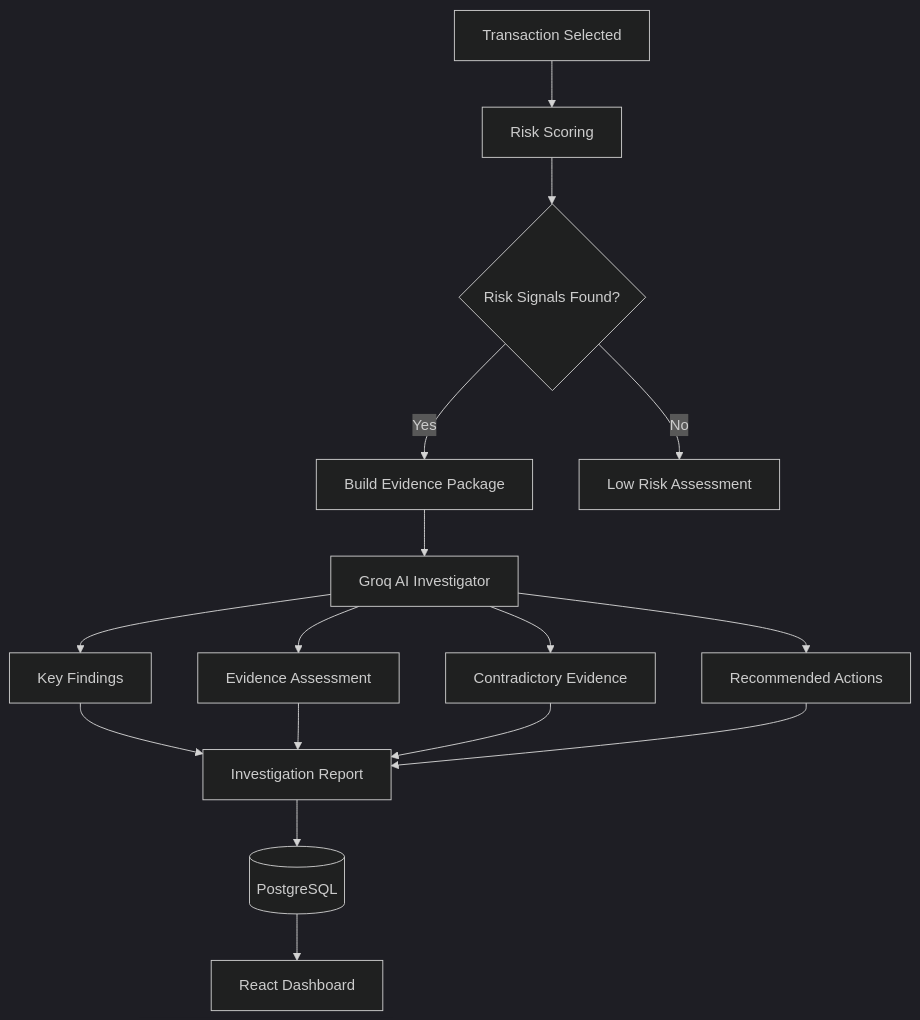
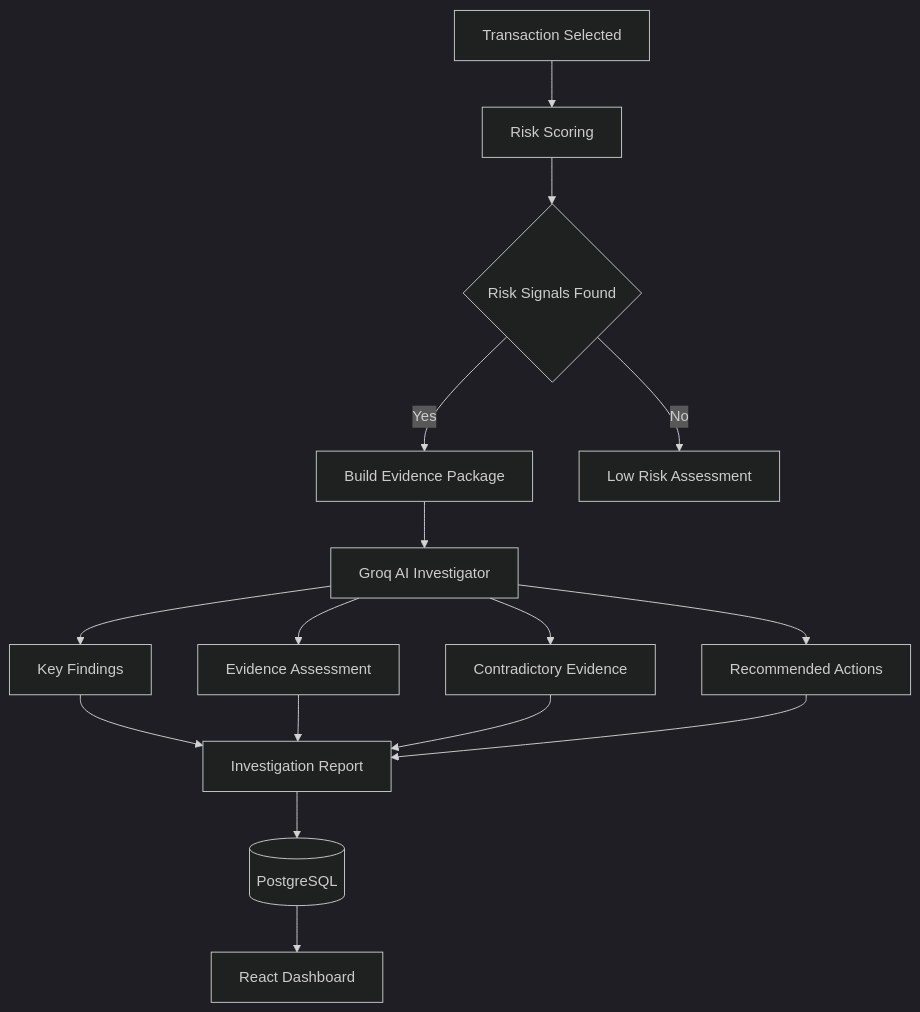
The fourth of 5 diagrams in README.md (aman-tamar/ai-risk-investigator), drawn with Mermaid (dark theme) before and after one commit. The commit also changed other lines of this file, not shown here.

Commit message:
Fix README formatting and Mermaid diagrams

````diff
--- a/README.md
+++ b/README.md
@@ -131,24 +129,23 @@
 ```mermaid
 flowchart TD
-    A[Transaction Selected] --> B[Risk Scoring]
+    A["Transaction Selected"] --> B["Risk Scoring"]
+    B --> C{"Risk Signals Found"}
 
-    B --> C{Risk Signals Found?}
+    C -->|Yes| D["Build Evidence Package"]
+    C -->|No| E["Low Risk Assessment"]
 
-    C -->|Yes| D[Build Evidence Package]
-    C -->|No| E[Low Risk Assessment]
+    D --> F["Groq AI Investigator"]
 
-    D --> F[Groq AI Investigator]
+    F --> G["Key Findings"]
+    F --> H["Evidence Assessment"]
+    F --> I["Contradictory Evidence"]
+    F --> J["Recommended Actions"]
 
-    F --> G[Key Findings]
-    F --> H[Evidence Assessment]
-    F --> I[Contradictory Evidence]
-    F --> J[Recommended Actions]
-
-    G --> K[Investigation Report]
+    G --> K["Investigation Report"]
     H --> K
     I --> K
     J --> K
 
-    K --> L[(PostgreSQL)]
-    L --> M[React Dashboard]
+    K --> L[("PostgreSQL")]
+    L --> M["React Dashboard"]
 ```
````
